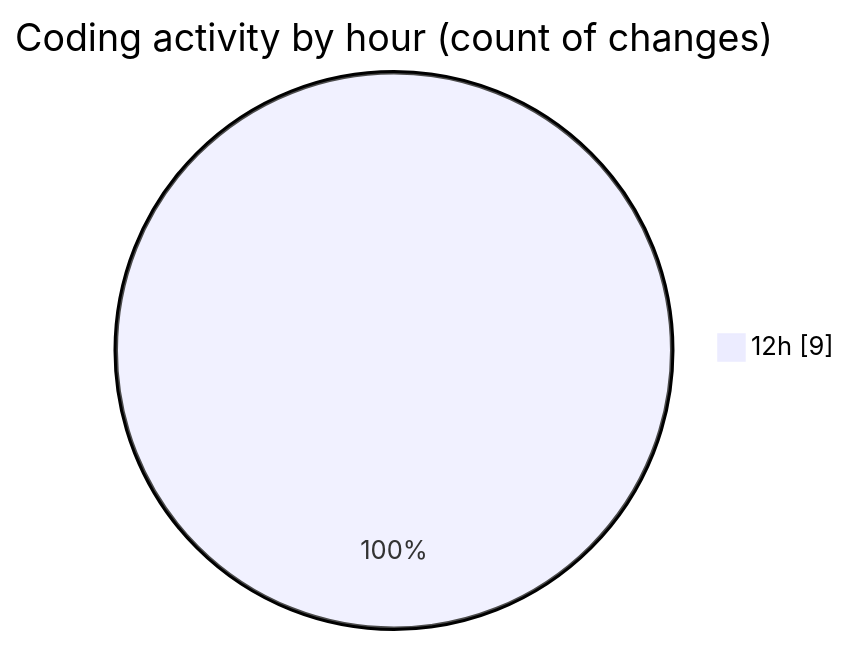
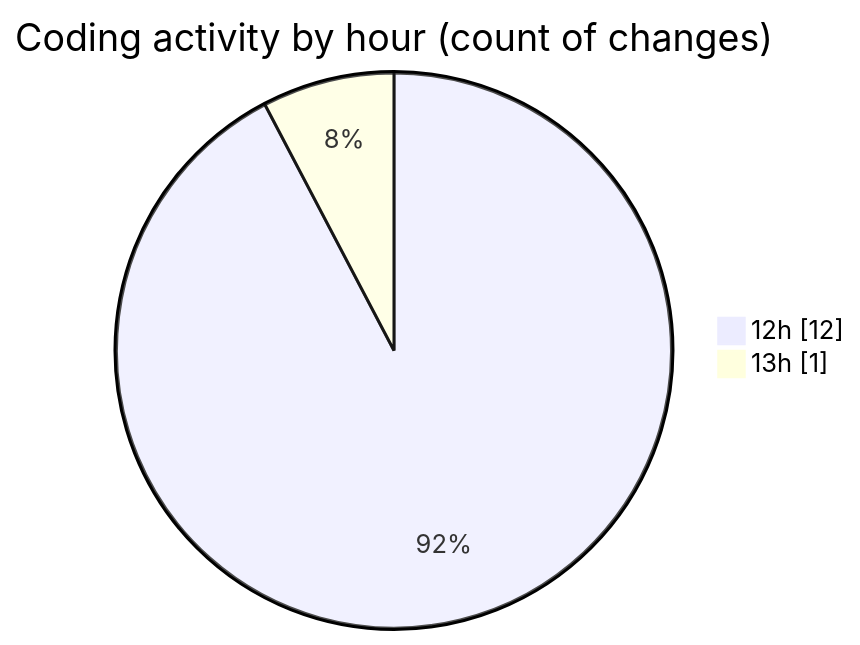
One commit to ricardozamudiocil/code-tracking changed the second of 2 diagrams in 2026-09-08/cilapp/README.md. Above: the diagram before and after it, drawn with Mermaid. The commit also changed other lines of this file and 1 other file, not shown here.

````diff
--- a/2026-09-08/cilapp/README.md
+++ b/2026-09-08/cilapp/README.md
@@ -29,5 +30,6 @@
 ```mermaid
 pie showData
 title Coding activity by hour (count of changes)
-"12h" : 9
+"12h" : 12
+"13h" : 1
 ```
````
